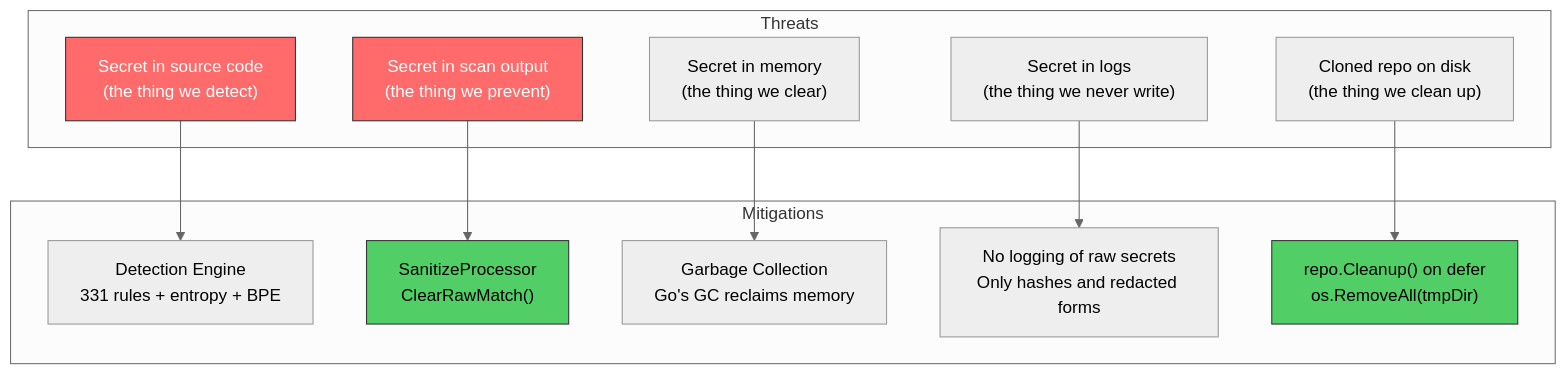
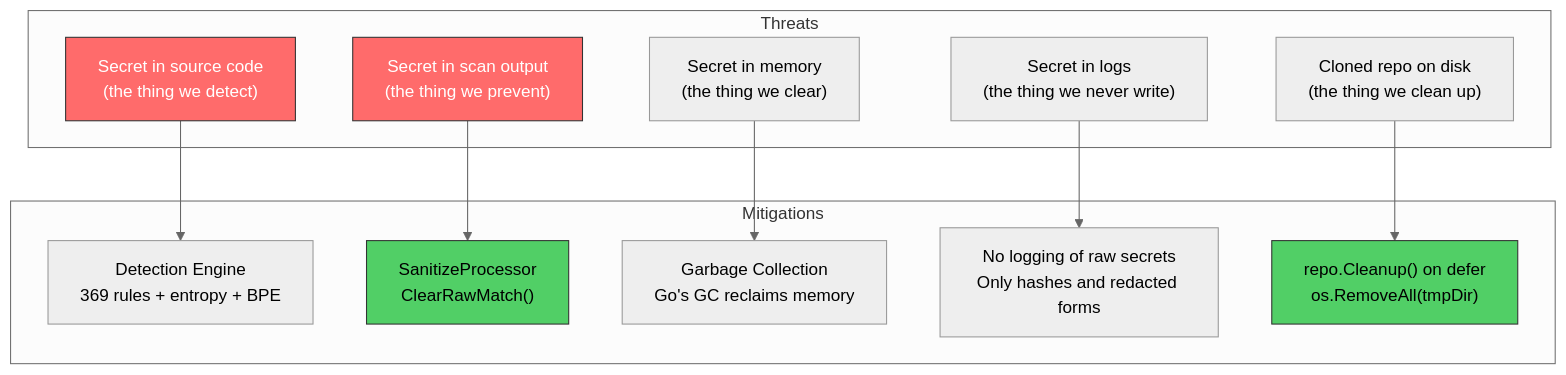
Before and after one commit to svemulapati/CredVigil: diagram 42 of 60 in docs/training/00-System-Design.md, drawn with Mermaid (neutral theme). The commit also changed other lines of this file and 20 other files, not shown here.

````diff
--- a/docs/training/00-System-Design.md
+++ b/docs/training/00-System-Design.md
@@ -1813,29 +1813,29 @@
 ```mermaid
 graph TD
     subgraph "Threats"
         T1["Secret in source code<br/>(the thing we detect)"]
         T2["Secret in scan output<br/>(the thing we prevent)"]
         T3["Secret in memory<br/>(the thing we clear)"]
         T4["Secret in logs<br/>(the thing we never write)"]
         T5["Cloned repo on disk<br/>(the thing we clean up)"]
     end
 
     subgraph "Mitigations"
-        M1["Detection Engine<br/>331 rules + entropy + BPE"]
+        M1["Detection Engine<br/>369 rules + entropy + BPE"]
         M2["SanitizeProcessor<br/>ClearRawMatch()"]
         M3["Garbage Collection<br/>Go's GC reclaims memory"]
         M4["No logging of raw secrets<br/>Only hashes and redacted forms"]
         M5["repo.Cleanup() on defer<br/>os.RemoveAll(tmpDir)"]
     end
 
     T1 --> M1
     T2 --> M2
     T3 --> M3
     T4 --> M4
     T5 --> M5
 
     style T1 fill:#ff6b6b,stroke:#333,color:#fff
     style T2 fill:#ff6b6b,stroke:#333,color:#fff
     style M2 fill:#51cf66,stroke:#333
     style M5 fill:#51cf66,stroke:#333
 ```
````
